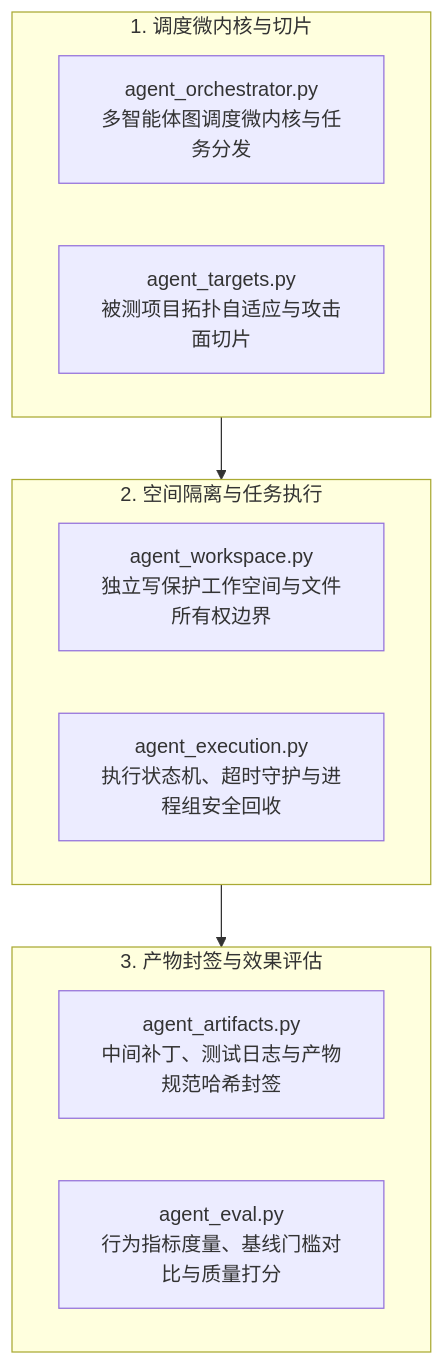
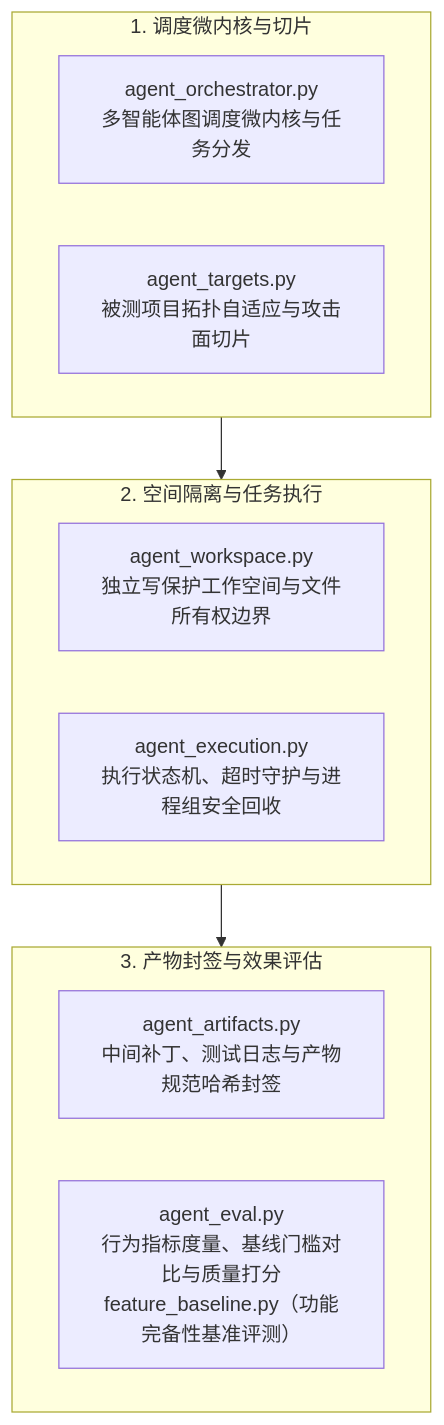
The diagram in core/agent/README.md (Bencibr/bugx), drawn with Mermaid before and after one commit. The commit also changed other lines of this file and 353 other files, not shown here.

````diff
--- a/core/agent/README.md
+++ b/core/agent/README.md
@@ -9,20 +9,20 @@
 ```mermaid
 flowchart TD
     subgraph Orchestration["1. 调度微内核与切片"]
         AO["agent_orchestrator.py<br/>多智能体图调度微内核与任务分发"]
         AT["agent_targets.py<br/>被测项目拓扑自适应与攻击面切片"]
     end
 
     subgraph WorkspaceExecution["2. 空间隔离与任务执行"]
         AW["agent_workspace.py<br/>独立写保护工作空间与文件所有权边界"]
         AX["agent_execution.py<br/>执行状态机、超时守护与进程组安全回收"]
     end
 
     subgraph ArtifactsEvaluation["3. 产物封签与效果评估"]
         AA["agent_artifacts.py<br/>中间补丁、测试日志与产物规范哈希封签"]
-        AE["agent_eval.py<br/>行为指标度量、基线门槛对比与质量打分"]
+        AE["agent_eval.py<br/>行为指标度量、基线门槛对比与质量打分<br/>feature_baseline.py（功能完备性基准评测）"]
     end
 
     Orchestration --> WorkspaceExecution
     WorkspaceExecution --> ArtifactsEvaluation
 ```
````
